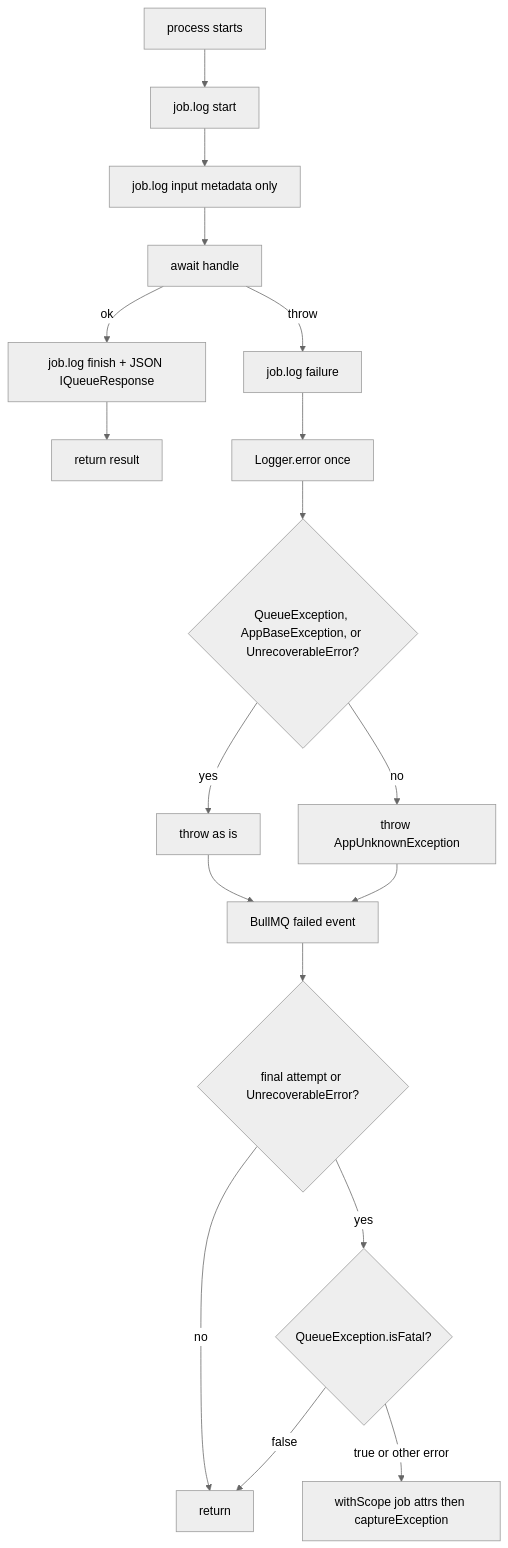
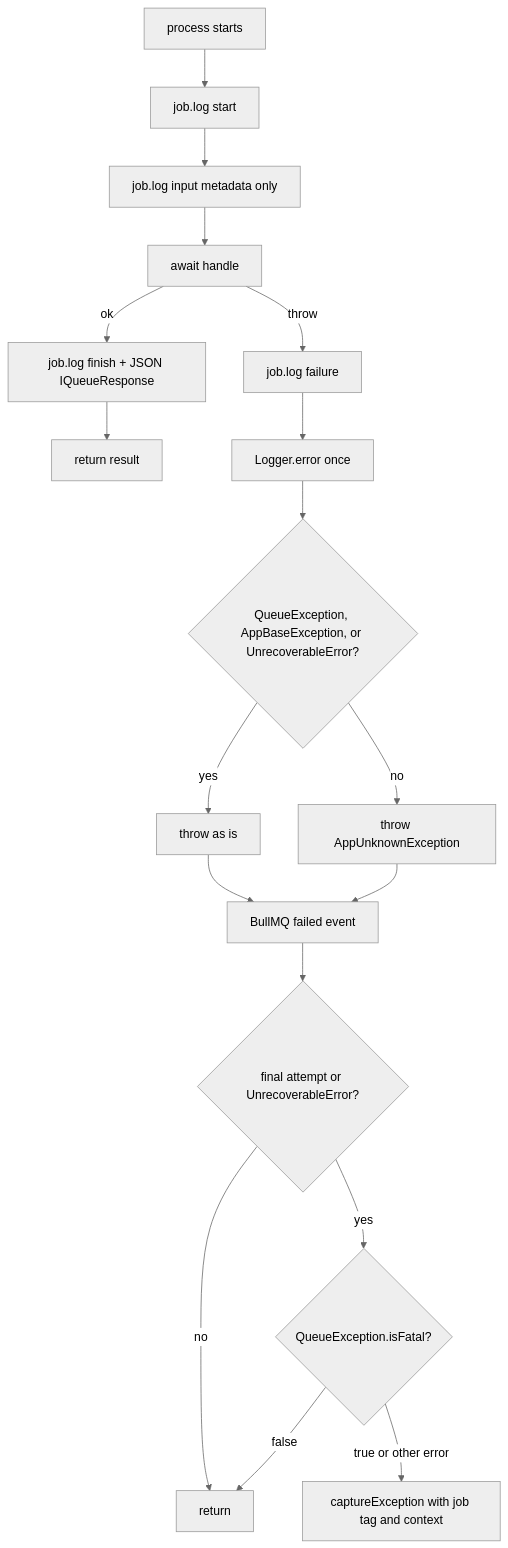
One commit to andrechristikan/ack-nestjs-boilerplate changed the second of 2 diagrams in docs/queue.md. Above: the diagram before and after it, drawn with Mermaid (neutral theme). The commit also changed other lines of this file and 340 other files, not shown here.

````diff
--- a/docs/queue.md
+++ b/docs/queue.md
@@ -586,20 +650,20 @@
 ```mermaid
 flowchart TD
     start[process starts] --> logStart[job.log start]
     logStart --> logInput["job.log input metadata only"]
     logInput --> handle[await handle]
     handle -->|ok| logFinish["job.log finish + JSON IQueueResponse"]
     logFinish --> done[return result]
     handle -->|throw| logFail[job.log failure]
     logFail --> nestErr["Logger.error once"]
     nestErr --> typed{QueueException, AppBaseException, or UnrecoverableError?}
     typed -->|yes| rethrow[throw as is]
     typed -->|no| wrap[throw AppUnknownException]
     rethrow --> failedEvt[BullMQ failed event]
     wrap --> failedEvt
     failedEvt --> gate{final attempt or UnrecoverableError?}
     gate -->|no| skip[return]
     gate -->|yes| fatal{QueueException.isFatal?}
     fatal -->|false| skip
-    fatal -->|true or other error| sentry["withScope job attrs then captureException"]
+    fatal -->|true or other error| sentry["captureException with job tag and context"]
 ```
````
